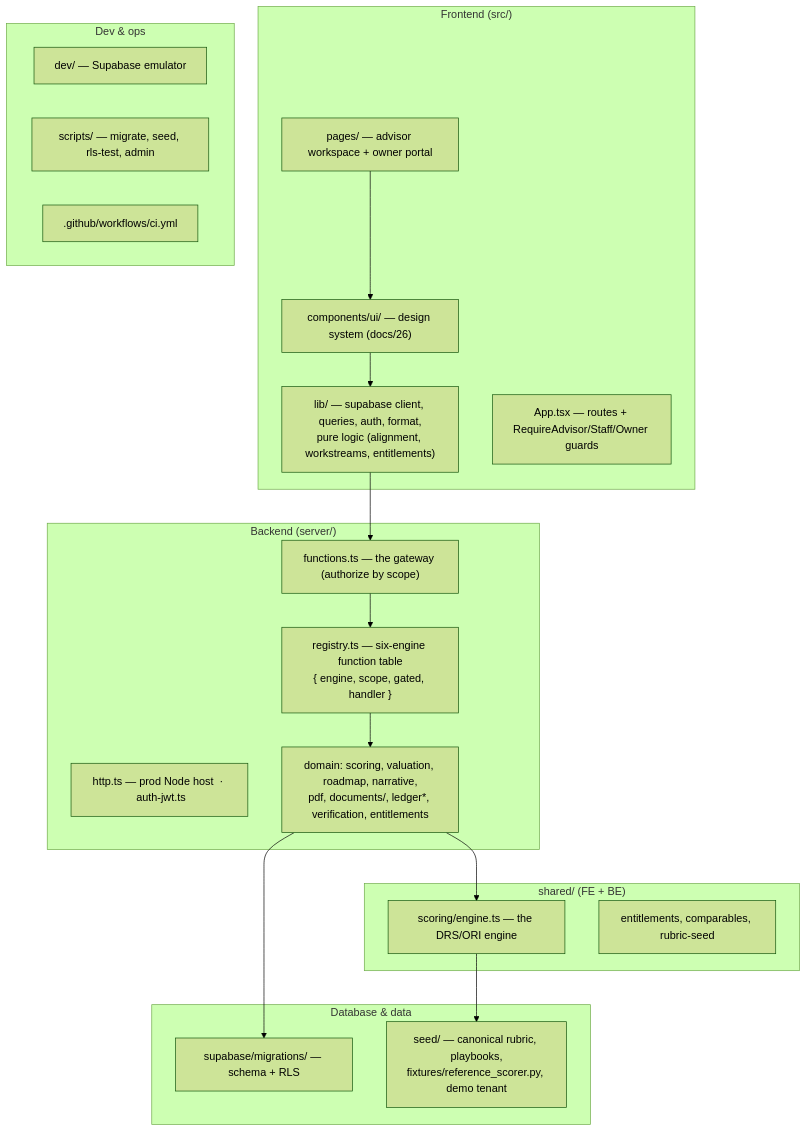
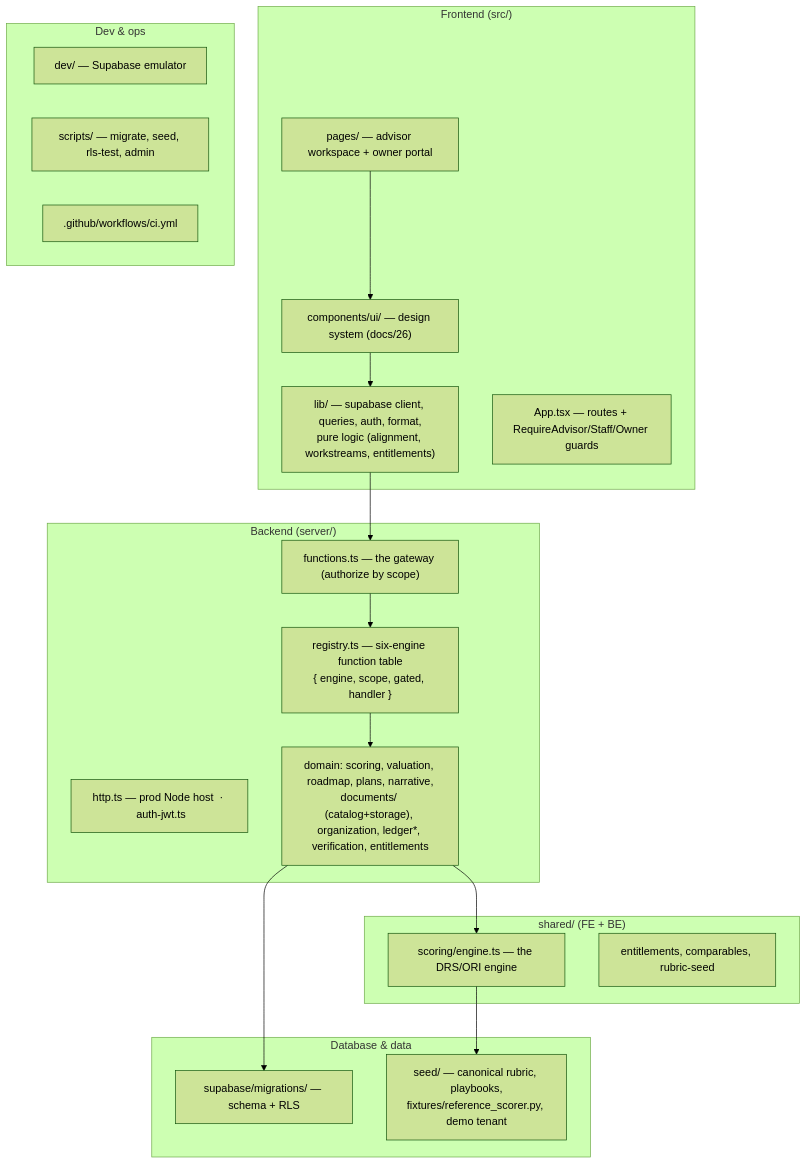
Before and after one commit to matthew-fsc/exitblueprint-mvp: the fifth of 6 diagrams in docs/28-architecture-map.md, drawn with Mermaid (forest theme). The commit also changed other lines of this file and 8 other files, not shown here.

````diff
--- a/docs/28-architecture-map.md
+++ b/docs/28-architecture-map.md
@@ -138,33 +146,33 @@
 ```mermaid
 flowchart TB
   subgraph FE["Frontend  (src/)"]
     P["pages/ — advisor workspace + owner portal"]
     C["components/ui/ — design system (docs/26)"]
     L["lib/ — supabase client, queries, auth, format,<br/>pure logic (alignment, workstreams, entitlements)"]
     A["App.tsx — routes + RequireAdvisor/Staff/Owner guards"]
   end
   subgraph BE["Backend  (server/)"]
     F["functions.ts — the gateway (authorize by scope)"]
     REG["registry.ts — six-engine function table<br/>{ engine, scope, gated, handler }"]
     HTTP["http.ts — prod Node host  ·  auth-jwt.ts"]
-    D["domain: scoring, valuation, roadmap, narrative,<br/>pdf, documents/, ledger*, verification, entitlements"]
+    D["domain: scoring, valuation, roadmap, plans, narrative,<br/>documents/ (catalog+storage), organization, ledger*, verification, entitlements"]
   end
   subgraph SH["shared/  (FE + BE)"]
     SC["scoring/engine.ts — the DRS/ORI engine"]
     SM["entitlements, comparables, rubric-seed"]
   end
   subgraph DBP["Database & data"]
     MIG["supabase/migrations/ — schema + RLS"]
     SEED["seed/ — canonical rubric, playbooks,<br/>fixtures/reference_scorer.py, demo tenant"]
   end
   subgraph OPS["Dev & ops"]
     DEV["dev/ — Supabase emulator"]
     SCR["scripts/ — migrate, seed, rls-test, admin"]
     CI[".github/workflows/ci.yml"]
   end
 
   P --> C --> L --> F
   F --> REG --> D --> SC
   D --> MIG
   SC --> SEED
 ```
````
